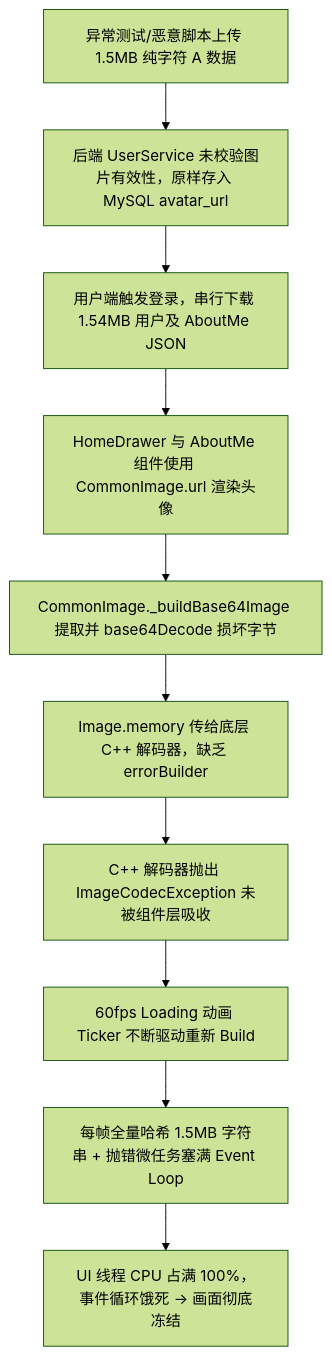
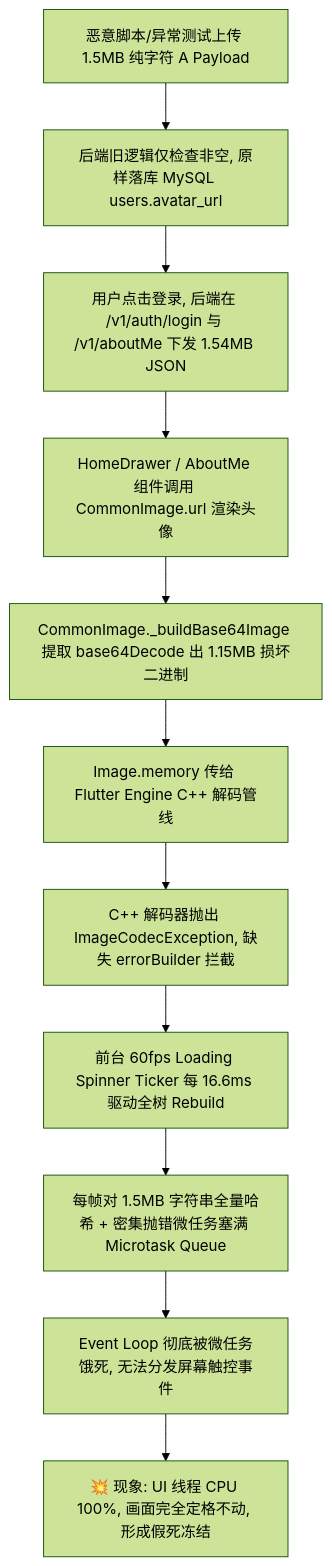
Before and after one commit to listen2code/ListenPortfolioFlutter: the first of 2 diagrams in docs/avatar_security_and_rendering_architecture.md, drawn with Mermaid (forest theme). The commit also changed other lines of this file and 125 other files, not shown here.

First line of the commit message:
docs & chore: calibrate architecture documentation and add detailed English code comments

````diff
--- a/docs/avatar_security_and_rendering_architecture.md
+++ b/docs/avatar_security_and_rendering_architecture.md
@@ -17,12 +82,13 @@
 ```mermaid
 graph TD
-    A[异常测试/恶意脚本上传 1.5MB 纯字符 A 数据] --> B[后端 UserService 未校验图片有效性，原样存入 MySQL avatar_url]
-    B --> C[用户端触发登录，串行下载 1.54MB 用户及 AboutMe JSON]
-    C --> D[HomeDrawer 与 AboutMe 组件使用 CommonImage.url 渲染头像]
-    D --> E[CommonImage._buildBase64Image 提取并 base64Decode 损坏字节]
-    E --> F[Image.memory 传给底层 C++ 解码器，缺乏 errorBuilder]
-    F --> G[C++ 解码器抛出 ImageCodecException 未被组件层吸收]
-    G --> H[60fps Loading 动画 Ticker 不断驱动重新 Build]
-    H --> I[每帧全量哈希 1.5MB 字符串 + 抛错微任务塞满 Event Loop]
-    I --> J[UI 线程 CPU 占满 100%，事件循环饿死 -> 画面彻底冻结]
+    A[恶意脚本/异常测试上传 1.5MB 纯字符 A Payload] --> B[后端旧逻辑仅检查非空, 原样落库 MySQL users.avatar_url]
+    B --> C[用户点击登录, 后端在 /v1/auth/login 与 /v1/aboutMe 下发 1.54MB JSON]
+    C --> D[HomeDrawer / AboutMe 组件调用 CommonImage.url 渲染头像]
+    D --> E[CommonImage._buildBase64Image 提取 base64Decode 出 1.15MB 损坏二进制]
+    E --> F[Image.memory 传给 Flutter Engine C++ 解码管线]
+    F --> G[C++ 解码器抛出 ImageCodecException, 缺失 errorBuilder 拦截]
+    G --> H[前台 60fps Loading Spinner Ticker 每 16.6ms 驱动全树 Rebuild]
+    H --> I[每帧对 1.5MB 字符串全量哈希 + 密集抛错微任务塞满 Microtask Queue]
+    I --> J[Event Loop 彻底被微任务饿死, 无法分发屏幕触控事件]
+    J --> K[💥 现象: UI 线程 CPU 100%, 画面完全定格不动, 形成假死冻结]
 ```
````
